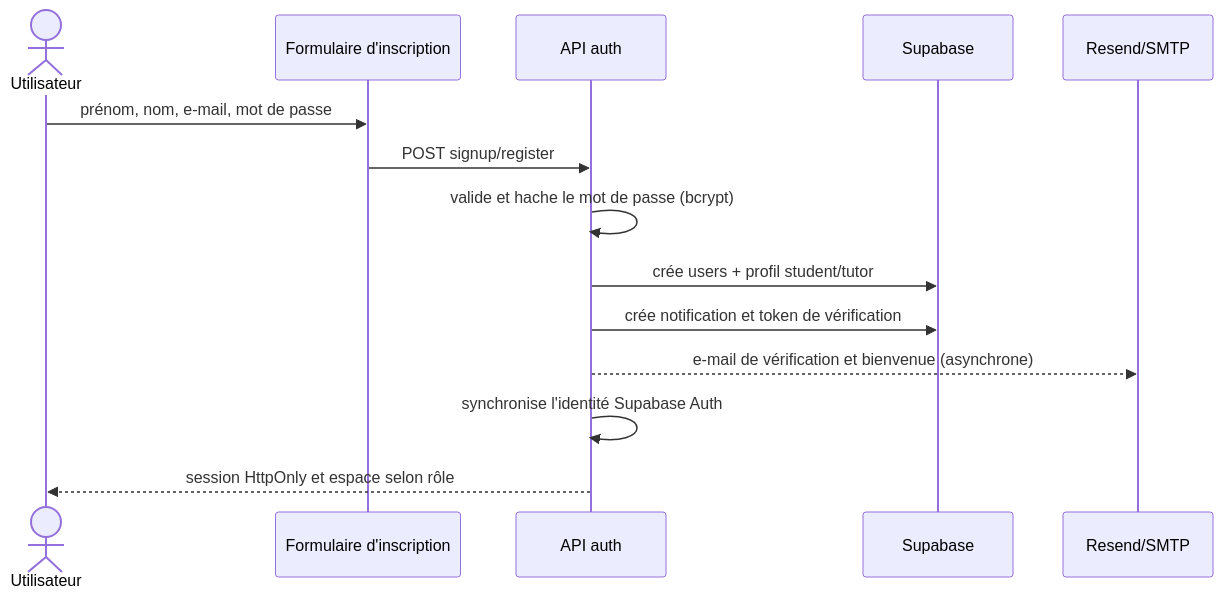
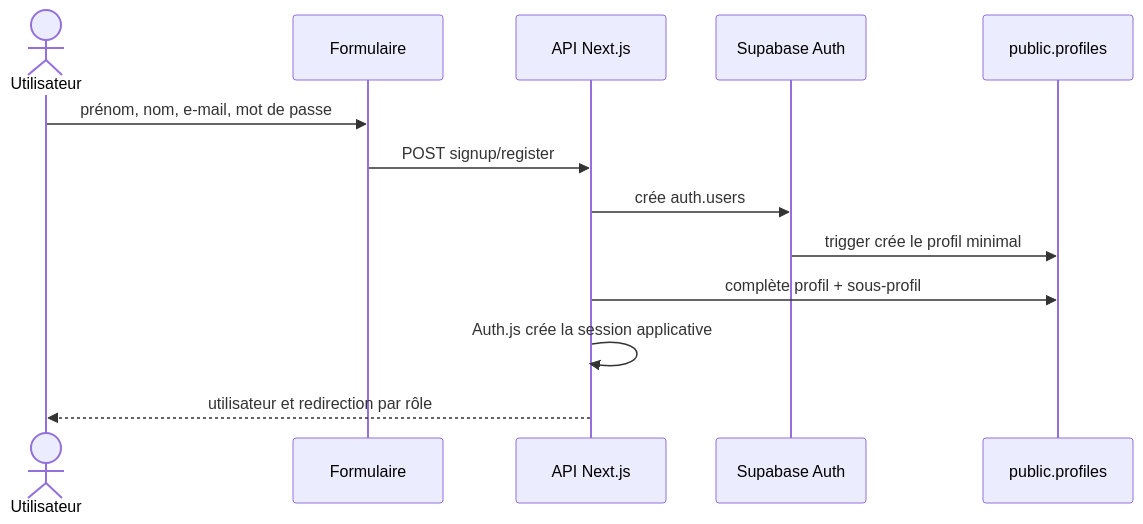
One commit to LordVERTON/SIKASCHOOL-website changed the first of 3 diagrams in docs/workflows/01-onboarding-auth.md. Above: the diagram before and after it, drawn with Mermaid. The commit also changed other lines of this file and 7 other files, not shown here.

Commit message:
docs(auth): document Supabase Auth migration

````diff
--- a/docs/workflows/01-onboarding-auth.md
+++ b/docs/workflows/01-onboarding-auth.md
@@ -11,16 +19,15 @@
 ```mermaid
 sequenceDiagram
   actor U as Utilisateur
-  participant UI as Formulaire d'inscription
-  participant API as API auth
-  participant DB as Supabase
-  participant Mail as Resend/SMTP
+  participant UI as Formulaire
+  participant API as API Next.js
+  participant Auth as Supabase Auth
+  participant DB as public.profiles
   U->>UI: prénom, nom, e-mail, mot de passe
   UI->>API: POST signup/register
-  API->>API: valide et hache le mot de passe (bcrypt)
-  API->>DB: crée users + profil student/tutor
-  API->>DB: crée notification et token de vérification
-  API-->>Mail: e-mail de vérification et bienvenue (asynchrone)
-  API->>API: synchronise l'identité Supabase Auth
-  API-->>U: session HttpOnly et espace selon rôle
+  API->>Auth: crée auth.users
+  Auth->>DB: trigger crée le profil minimal
+  API->>DB: complète profil + sous-profil
+  API->>API: Auth.js crée la session applicative
+  API-->>U: utilisateur et redirection par rôle
 ```
````
